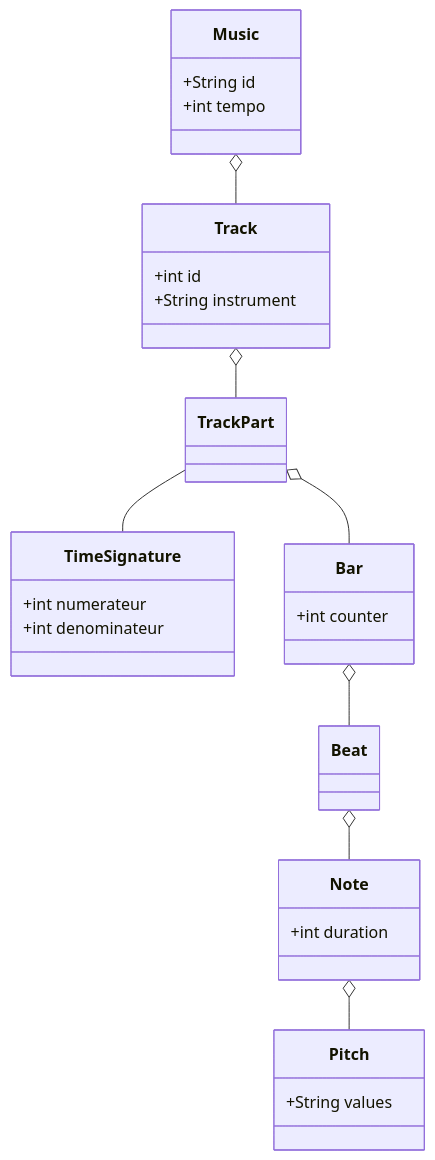
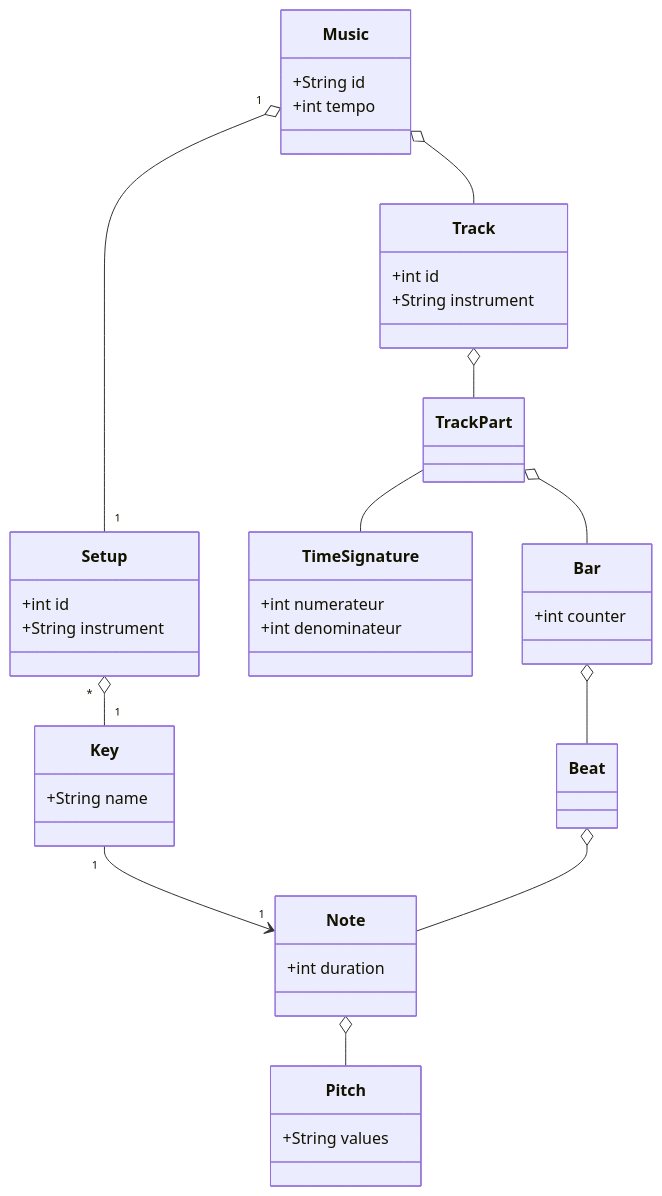
Before and after one commit to Jules-Prince/musicae: the diagram in README.md, drawn with Mermaid.

Commit message:
feat: update class diagram to support instrument setup

````diff
--- a/README.md
+++ b/README.md
@@ -21,47 +21,58 @@
 ```mermaid
 
 classDiagram
     Music o-- Track
+    Music "1" o-- "1" Setup
     Track o-- TrackPart
+    Setup "*" o-- "1" Key
+    Key "1" --> "1" Note
     TrackPart -- TimeSignature
     TrackPart o-- Bar
     Note o-- Pitch
     Bar o-- Beat
     Beat o-- Note
 
     class Music{
       +String id
       +int tempo
     }
 
     class Track{
       +int id
       +String instrument
     }
-    
+
     class TrackPart{
     }
     
     class Bar{
         +int counter
 
     }
     
     class TimeSignature{
         +int numerateur
         +int denominateur
     }
 
     class Beat{
 
     }
 
     class Note{
         +int duration
     }
 
     class Pitch{
         +String values
     }
 
+    class Setup {
+      +int id
+      +String instrument
+    }
+
+    class Key {
+        +String name
+    }
 ```
````
